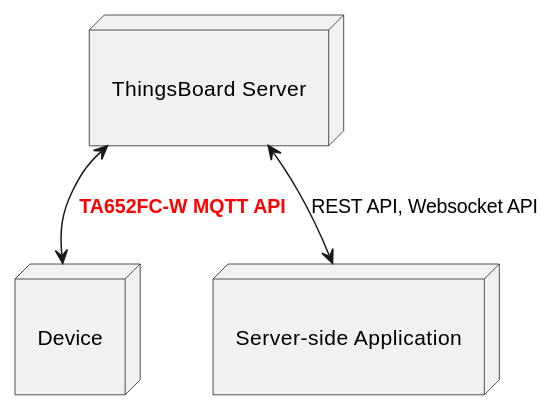
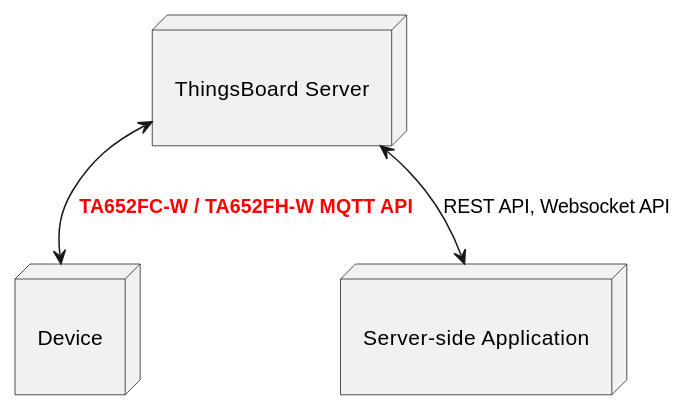
One commit to avantec-iot/avantec-thingsboard changed the first of 17 diagrams in docs/device/ta652fc-w/ta652fc-w-mqtt-api.rst. Above: the diagram before and after it, drawn with PlantUML. The commit also changed other lines of this file, not shown here.

```diff
--- a/docs/device/ta652fc-w/ta652fc-w-mqtt-api.rst
+++ b/docs/device/ta652fc-w/ta652fc-w-mqtt-api.rst
@@ -14,13 +16,13 @@
 .. uml::
 
    node "\nThingsBoard Server\n" as TBSrv {
    }
 
    node "\nDevice\n" as TBDev {
    }
 
    node "\nServer-side Application\n" as TBApp {
    }
 
-   TBSrv <-down-> TBDev : <color:#FF0000> **TA652FC-W MQTT API** </color>
+   TBSrv <-down-> TBDev : <color:#FF0000> **TA652FC-W / TA652FH-W MQTT API** </color>
    TBSrv <-down-> TBApp : REST API, Websocket API
```
